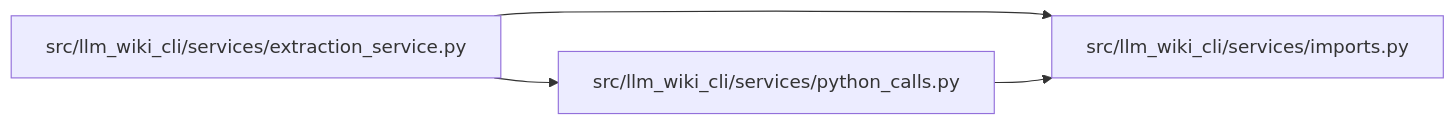
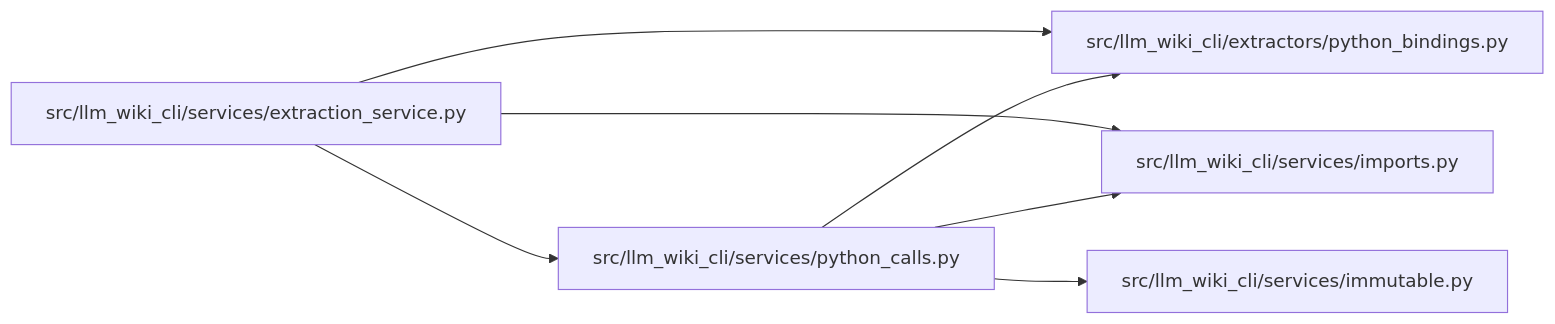
Before and after one commit to Denissvgn/python-wiki-llm: the diagram in docs/llm_wiki/modules/python_calls.md, drawn with Mermaid. The commit also changed other lines of this file and 1410 other files, not shown here.

````diff
--- a/docs/llm_wiki/modules/python_calls.md
+++ b/docs/llm_wiki/modules/python_calls.md
@@ -22,12 +25,19 @@
 ```mermaid
 flowchart LR
-    n0["src/llm_wiki_cli/services/extraction_service.py"]
-    n1["src/llm_wiki_cli/services/imports.py"]
-    n2["src/llm_wiki_cli/services/python_calls.py"]
-    n0 --> n1
-    n0 --> n2
-    n2 --> n1
-    click n0 "../modules/extraction_service.md"
-    click n1 "../modules/imports.md"
-    click n2 "../modules/python_calls.md"
+    n0["src/llm_wiki_cli/extractors/python_bindings.py"]
+    n1["src/llm_wiki_cli/services/extraction_service.py"]
+    n2["src/llm_wiki_cli/services/immutable.py"]
+    n3["src/llm_wiki_cli/services/imports.py"]
+    n4["src/llm_wiki_cli/services/python_calls.py"]
+    n1 --> n0
+    n1 --> n3
+    n1 --> n4
+    n4 --> n0
+    n4 --> n2
+    n4 --> n3
+    click n0 "../modules/python_bindings.md"
+    click n1 "../modules/extraction_service.md"
+    click n2 "../modules/immutable.md"
+    click n3 "../modules/imports.md"
+    click n4 "../modules/python_calls.md"
 ```
````
